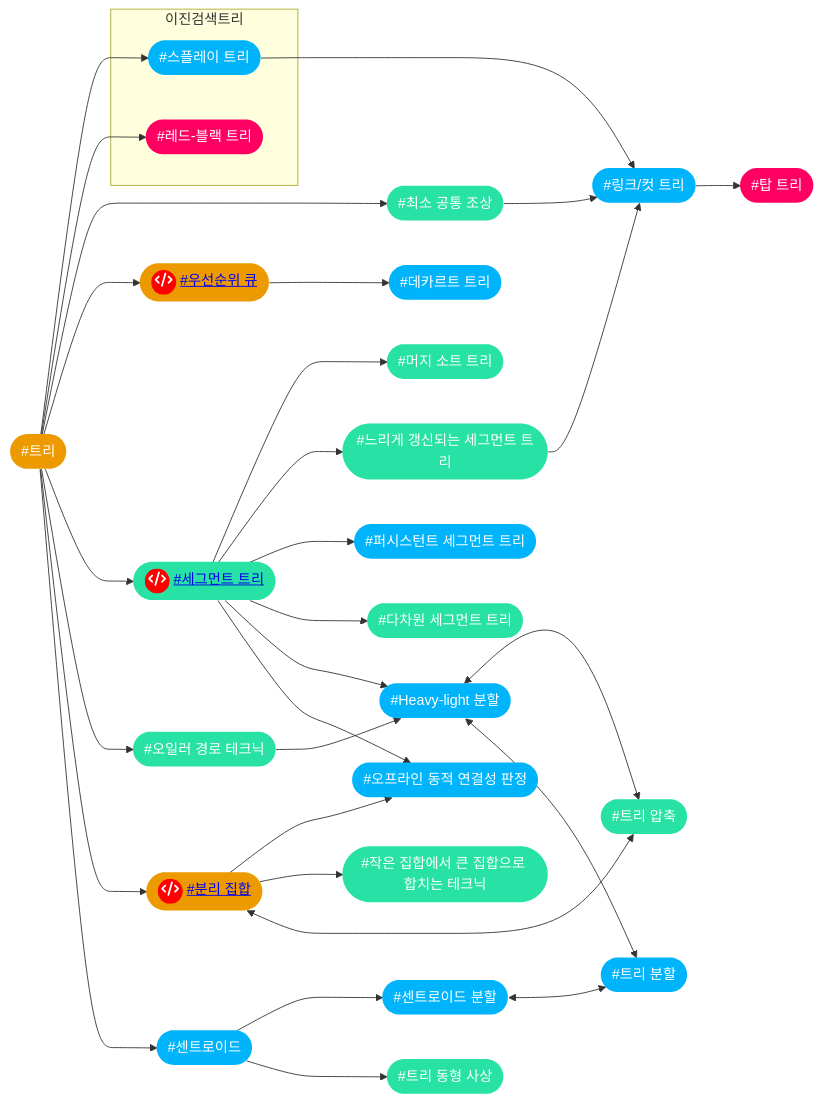
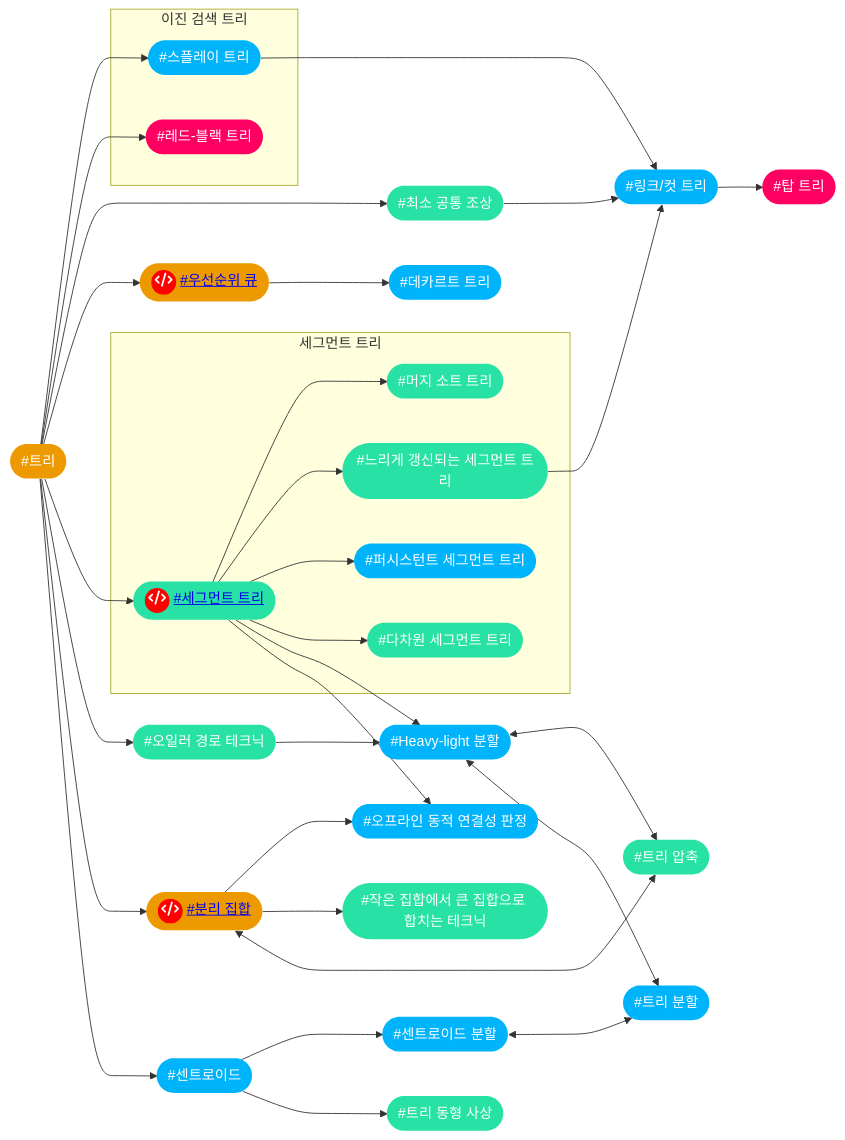
One commit to CHOYUNSIG/algorithm_with_boj changed the fourth of 12 diagrams in index.md. Above: the diagram before and after it, drawn with Mermaid. The commit also changed other lines of this file and 1 other file, not shown here.

```diff
--- a/index.md
+++ b/index.md
@@ -142,68 +147,76 @@
 <pre class="mermaid">
     graph LR
 
     #trees --> #splay_tree
     #trees --> #rb_tree
     #trees --> #lca
     #trees --> #priority_queue
     #trees --> #segtree
     #trees --> #euler_tour_technique
     #trees --> #disjoint_set
     #trees --> #centroid
     #priority_queue --> #cartesian_tree
     #lca --> #link_cut_tree
     #disjoint_set --> #offline_dynamic_connectivity
     #disjoint_set --> #smaller_to_larger
     #disjoint_set <--> #tree_compression
     #centroid --> #centroid_decomposition
     #centroid --> #tree_isomorphism
     #splay_tree --> #link_cut_tree
     #link_cut_tree --> #top_tree
     #euler_tour_technique --> #hld
     #segtree --> #merge_sort_tree
     #segtree --> #lazyprop
     #segtree --> #pst
     #segtree --> #multi_segtree
     #segtree --> #hld
     #segtree --> #offline_dynamic_connectivity
     #lazyprop --> #link_cut_tree
     #hld <--> #tree_compression
     #hld <--> #tree_decomposition
     #centroid_decomposition <--> #tree_decomposition
 
-    subgraph 이진검색트리
+    subgraph 이진 검색 트리
         #splay_tree
         #rb_tree
+    end
+
+    subgraph 세그먼트 트리
+        #segtree
+        #merge_sort_tree
+        #lazyprop
+        #pst
+        #multi_segtree
     end
 
     #hld(["#Heavy-light 분할"]):::tier4
     #lazyprop(["#느리게 갱신되는 세그먼트 트리"]):::tier3
     #multi_segtree(["#다차원 세그먼트 트리"]):::tier3
     #cartesian_tree(["#데카르트 트리"]):::tier4
     #rb_tree(["#레드-블랙 트리"]):::tier5
     #link_cut_tree(["#링크/컷 트리"]):::tier4
     #merge_sort_tree(["#머지 소트 트리"]):::tier3
     #disjoint_set(["<span style="background-color: red; border-radius: 50%; display:inline-block; width:28px; height:28px">fa:fa-code</span> <a href="post/2024/01/13/disjoint_set.html">#분리 집합</a>"]):::tier2
     #segtree(["<span style="background-color: red; border-radius: 50%; display:inline-block; width:28px; height:28px">fa:fa-code</span> <a href="post/2024/01/11/segtree.html">#세그먼트 트리</a>"]):::tier3
     #centroid(["#센트로이드"]):::tier4
     #centroid_decomposition(["#센트로이드 분할"]):::tier4
     #splay_tree(["#스플레이 트리"]):::tier4
     #euler_tour_technique(["#오일러 경로 테크닉"]):::tier3
     #offline_dynamic_connectivity(["#오프라인 동적 연결성 판정"]):::tier4
     #priority_queue(["<span style="background-color: red; border-radius: 50%; display:inline-block; width:28px; height:28px">fa:fa-code</span> <a href="post/2024/01/15/priority_queue.html">#우선순위 큐</a>"]):::tier2
     #smaller_to_larger(["#작은 집합에서 큰 집합으로 합치는 테크닉"]):::tier3
     #lca(["#최소 공통 조상"]):::tier3
     #top_tree(["#탑 트리"]):::tier5
     #trees(["#트리"]):::tier2
     #tree_isomorphism(["#트리 동형 사상"]):::tier3
     #tree_decomposition(["#트리 분할"]):::tier4
     #tree_compression(["#트리 압축"]):::tier3
     #pst(["#퍼시스턴트 세그먼트 트리"]):::tier4
 
     classDef tier0 fill:#ad5600, color:#fff, stroke:#0000
     classDef tier1 fill:#435f7a, color:#fff, stroke:#0000
     classDef tier2 fill:#ec9a00, color:#fff, stroke:#0000
     classDef tier3 fill:#27e2a4, color:#fff, stroke:#0000
     classDef tier4 fill:#00b4fc, color:#fff, stroke:#0000
     classDef tier5 fill:#ff0062, color:#fff, stroke:#0000
 </pre>
```
